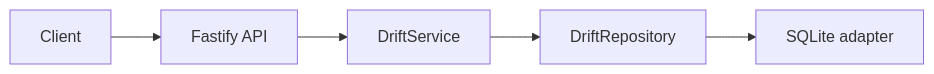
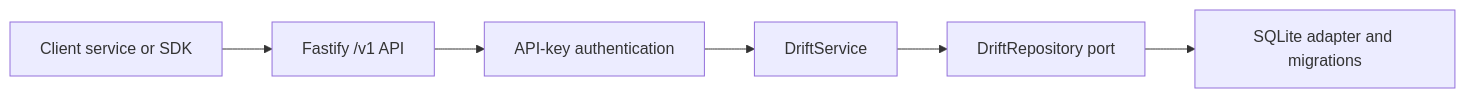
Before and after one commit to Grey-Harbor/drift: the diagram in ARCHITECTURE.md, drawn with Mermaid. The commit also changed other lines of this file and 7 other files, not shown here.

````diff
--- a/ARCHITECTURE.md
+++ b/ARCHITECTURE.md
@@ -5,4 +11,8 @@
 ```mermaid
 flowchart LR
-  Client --> API["Fastify API"] --> Service["DriftService"] --> Port["DriftRepository"] --> SQLite["SQLite adapter"]
+  Client["Client service or SDK"] --> API["Fastify /v1 API"]
+  API --> Auth["API-key authentication"]
+  Auth --> Service["DriftService"]
+  Service --> Port["DriftRepository port"]
+  Port --> SQLite["SQLite adapter and migrations"]
 ```
````
